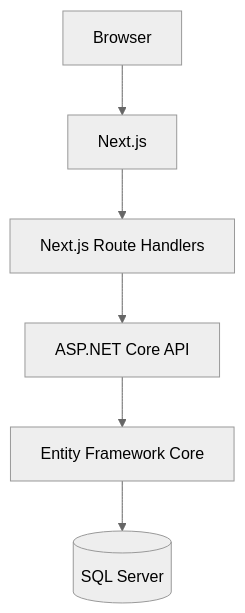
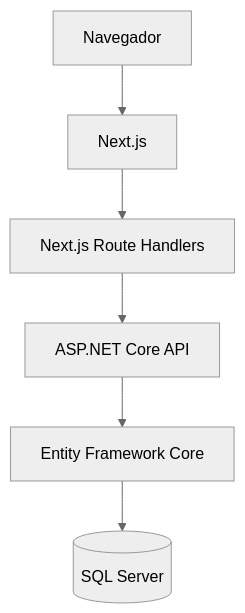
One commit to FrancoJCabral/IncidentFlow changed the second of 2 diagrams in README.md. Above: the diagram before and after it, drawn with Mermaid (neutral theme). The commit also changed other lines of this file, not shown here.

````diff
--- a/README.md
+++ b/README.md
@@ -41,8 +41,8 @@
 ```mermaid
 flowchart TD
-    Browser --> NextJS[Next.js]
+    Browser[Navegador] --> NextJS[Next.js]
     NextJS --> Handlers[Next.js Route Handlers]
     Handlers --> API[ASP.NET Core API]
     API --> EF[Entity Framework Core]
     EF --> Database[(SQL Server)]
 ```
````
